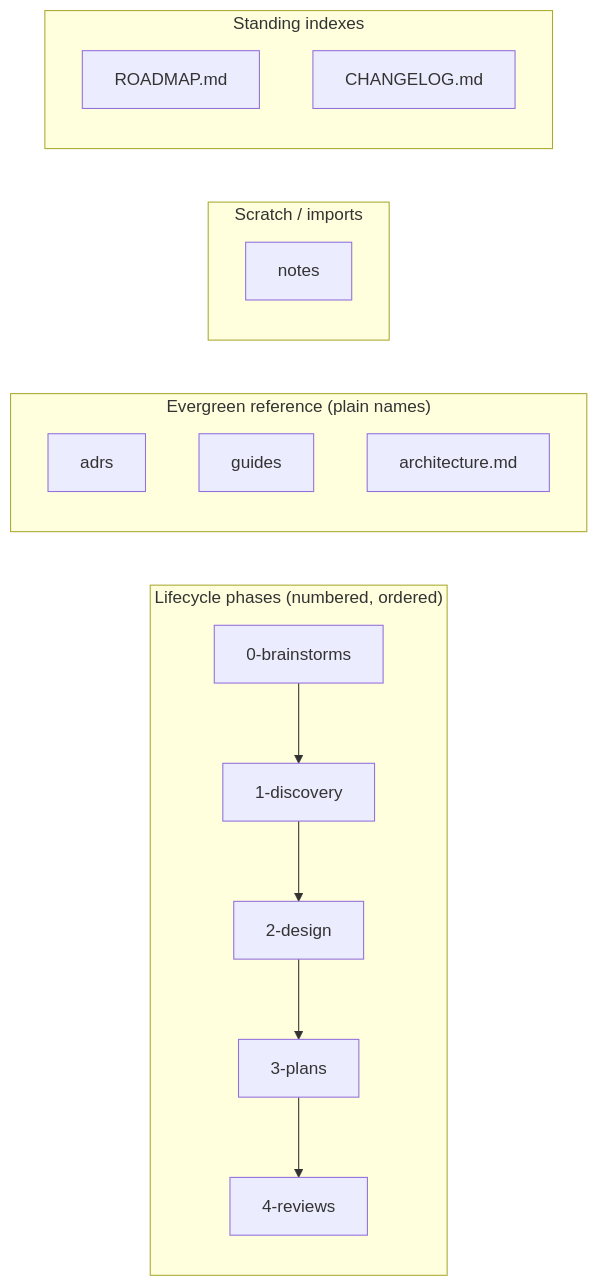
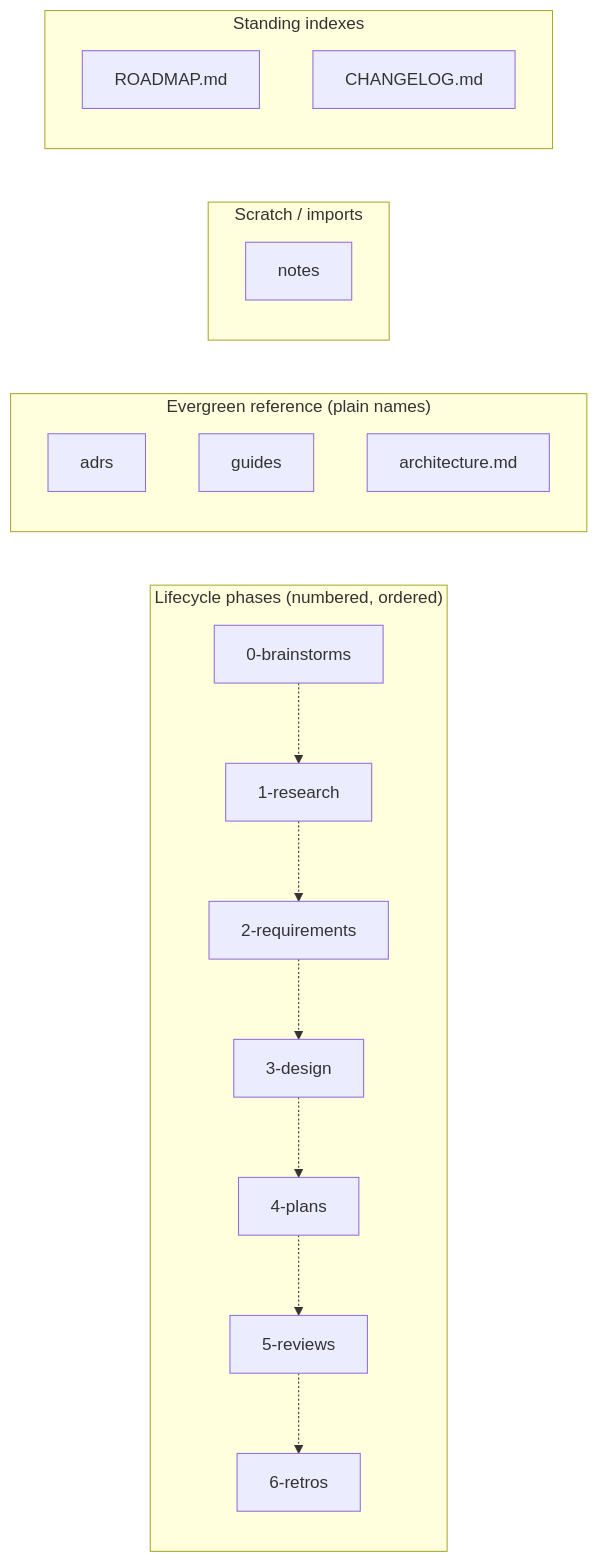
One commit to carlosboeing/agentic-toolkit changed the first of 3 diagrams in guides/guide-project-structure-and-conventions.md. Above: the diagram before and after it, drawn with Mermaid. The commit also changed other lines of this file and 56 other files, not shown here.

````diff
--- a/guides/guide-project-structure-and-conventions.md
+++ b/guides/guide-project-structure-and-conventions.md
@@ -95,18 +95,23 @@
 ```mermaid
 graph LR
     subgraph "Lifecycle phases (numbered, ordered)"
-        B[0-brainstorms] --> D[1-discovery] --> Des[2-design] --> P[3-plans] --> R[4-reviews]
+        B[0-brainstorms] -.-> D[1-research]
+        D -.-> Req[2-requirements]
+        Req -.-> Des[3-design]
+        Des -.-> P[4-plans]
+        P -.-> R[5-reviews]
+        R -.-> Retro[6-retros]
     end
     subgraph "Evergreen reference (plain names)"
         ADR[adrs]
         G[guides]
         Arch[architecture.md]
     end
     subgraph "Scratch / imports"
         N[notes]
     end
     subgraph "Standing indexes"
         RM[ROADMAP.md]
         CL[CHANGELOG.md]
     end
 ```
````
